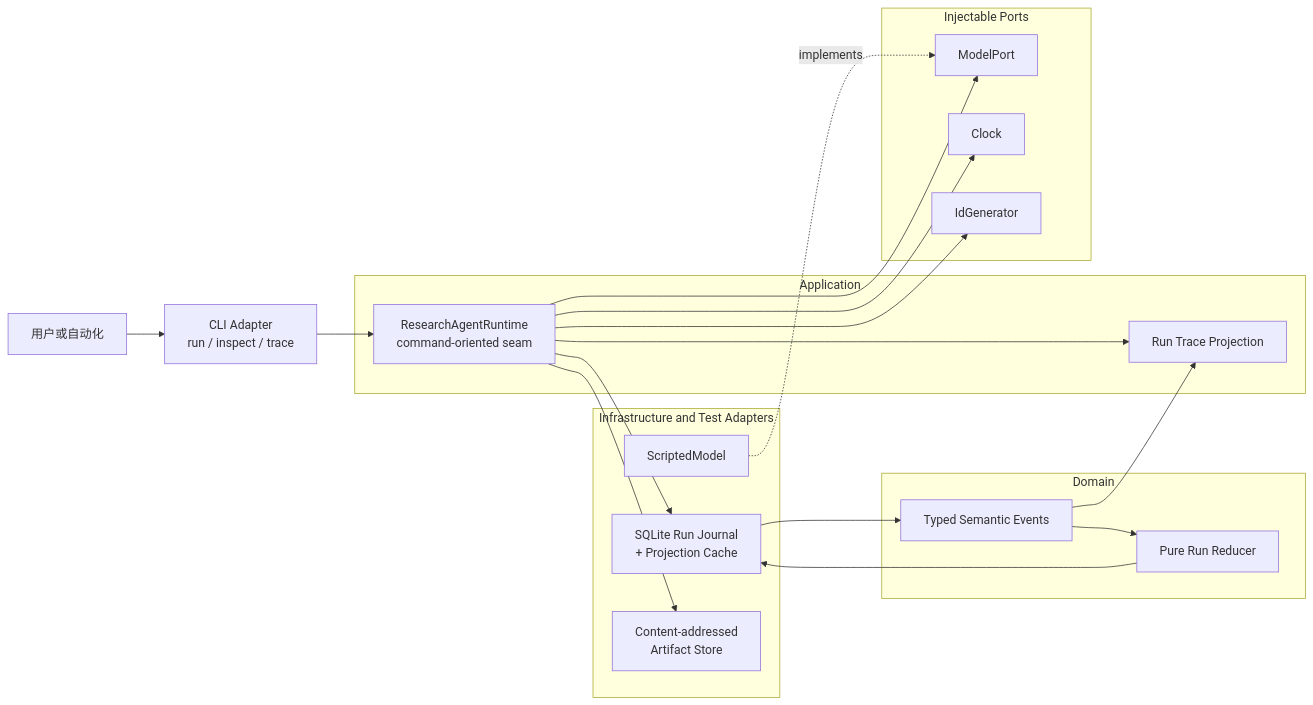
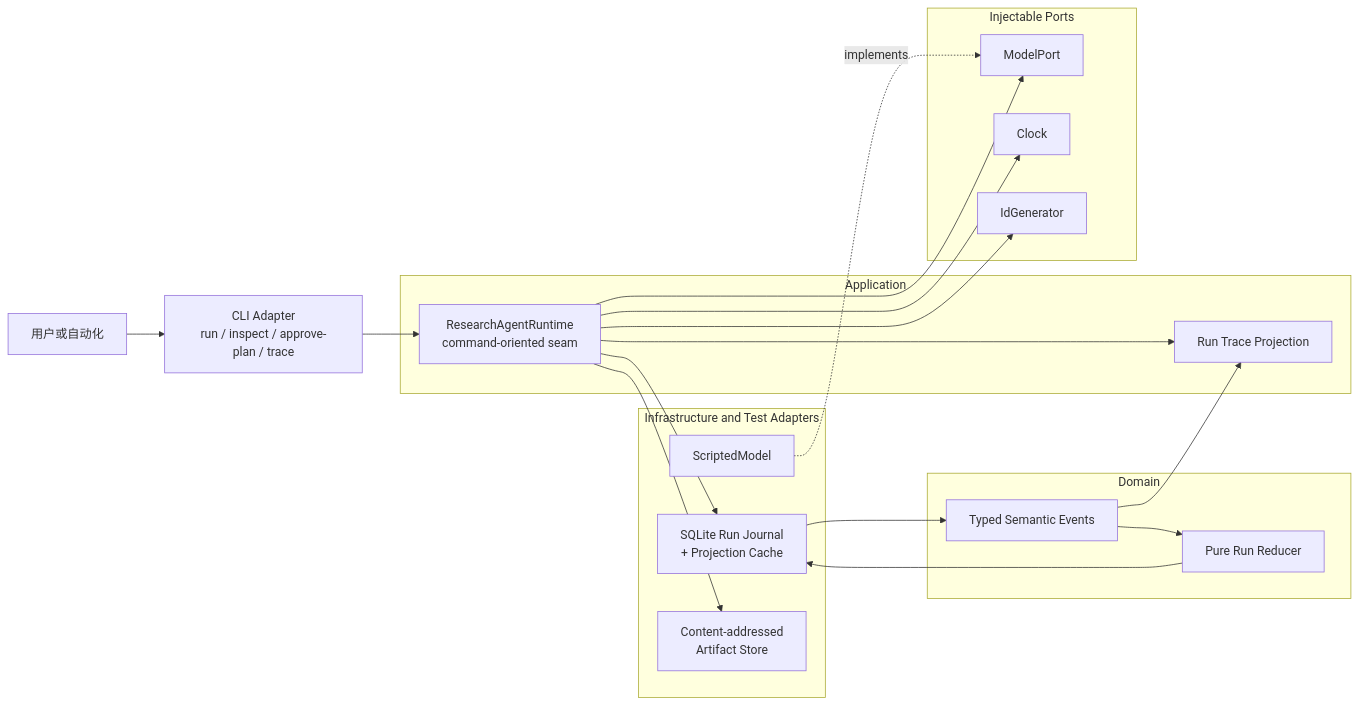
Before and after one commit to nightsu/ai-stuff: the first of 2 diagrams in projects/evidence-research-agent/docs/architecture.md, drawn with Mermaid. The commit also changed other lines of this file and 4 other files, not shown here.

````diff
--- a/projects/evidence-research-agent/docs/architecture.md
+++ b/projects/evidence-research-agent/docs/architecture.md
@@ -7,39 +7,39 @@
 ```mermaid
 flowchart LR
-  User["用户或自动化"] --> CLI["CLI Adapter\nrun / inspect / trace"]
+  User["用户或自动化"] --> CLI["CLI Adapter\nrun / inspect / approve-plan / trace"]
 
   subgraph Application["Application"]
     Runtime["ResearchAgentRuntime\ncommand-oriented seam"]
     Trace["Run Trace Projection"]
   end
 
   subgraph Domain["Domain"]
     Reducer["Pure Run Reducer"]
     Events["Typed Semantic Events"]
   end
 
   subgraph Ports["Injectable Ports"]
     ModelPort["ModelPort"]
     ClockPort["Clock"]
     IdPort["IdGenerator"]
   end
 
   subgraph Adapters["Infrastructure and Test Adapters"]
     Scripted["ScriptedModel"]
     SQLite["SQLite Run Journal\n+ Projection Cache"]
     Artifact["Content-addressed\nArtifact Store"]
   end
 
   CLI --> Runtime
   Runtime --> ModelPort
   Runtime --> ClockPort
   Runtime --> IdPort
   Scripted -. implements .-> ModelPort
   Runtime --> Artifact
   Runtime --> SQLite
   SQLite --> Events
   Events --> Reducer
   Reducer --> SQLite
   Events --> Trace
   Runtime --> Trace
 ```
````
